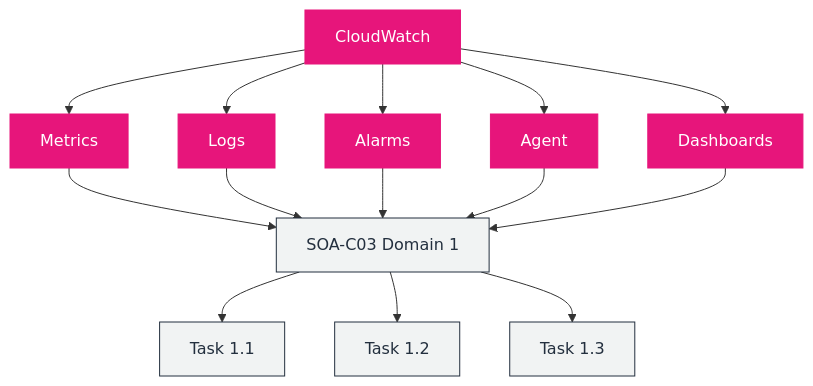
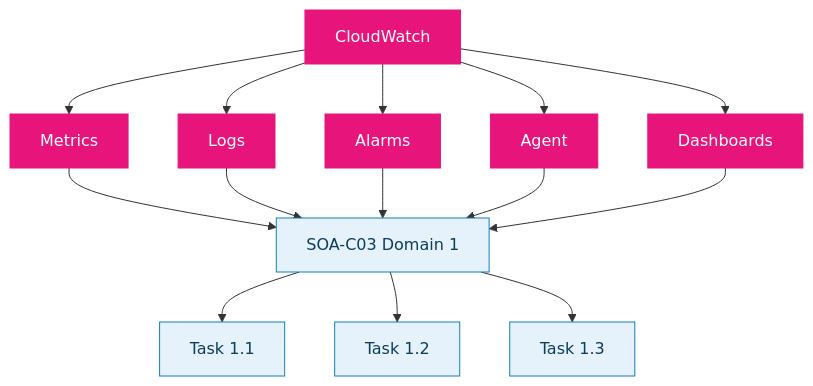
Before and after one commit to GabrielAlmeidaFlores/AWS-CloudOps-Engineer-Associate-Doc: the sixth of 17 diagrams in AGENTS.md, drawn with Mermaid. The commit also changed other lines of this file and 10 other files, not shown here.

Commit message:
docs: restyle flowchart diagrams with the AWS color palette

````diff
--- a/AGENTS.md
+++ b/AGENTS.md
@@ -1539,20 +1541,20 @@
 ```mermaid
 flowchart TD
     CW["CloudWatch"] --> M["Metrics"]
     CW --> L["Logs"]
     CW --> AL["Alarms"]
     CW --> AG["Agent"]
     CW --> DB["Dashboards"]
     M --> D1["SOA-C03 Domain 1"]
     L --> D1
     AL --> D1
     AG --> D1
     DB --> D1
     D1 --> T1["Task 1.1"]
     D1 --> T2["Task 1.2"]
     D1 --> T3["Task 1.3"]
     classDef mgmt fill:#E7157B,stroke:#E7157B,color:#ffffff
-    classDef neutral fill:#F1F3F3,stroke:#232F3E,color:#232F3E
+    classDef neutral fill:#E6F2FB,stroke:#147EBA,color:#0B3D5C
     class CW,M,L,AL,AG,DB mgmt
     class D1,T1,T2,T3 neutral
 ```
````
